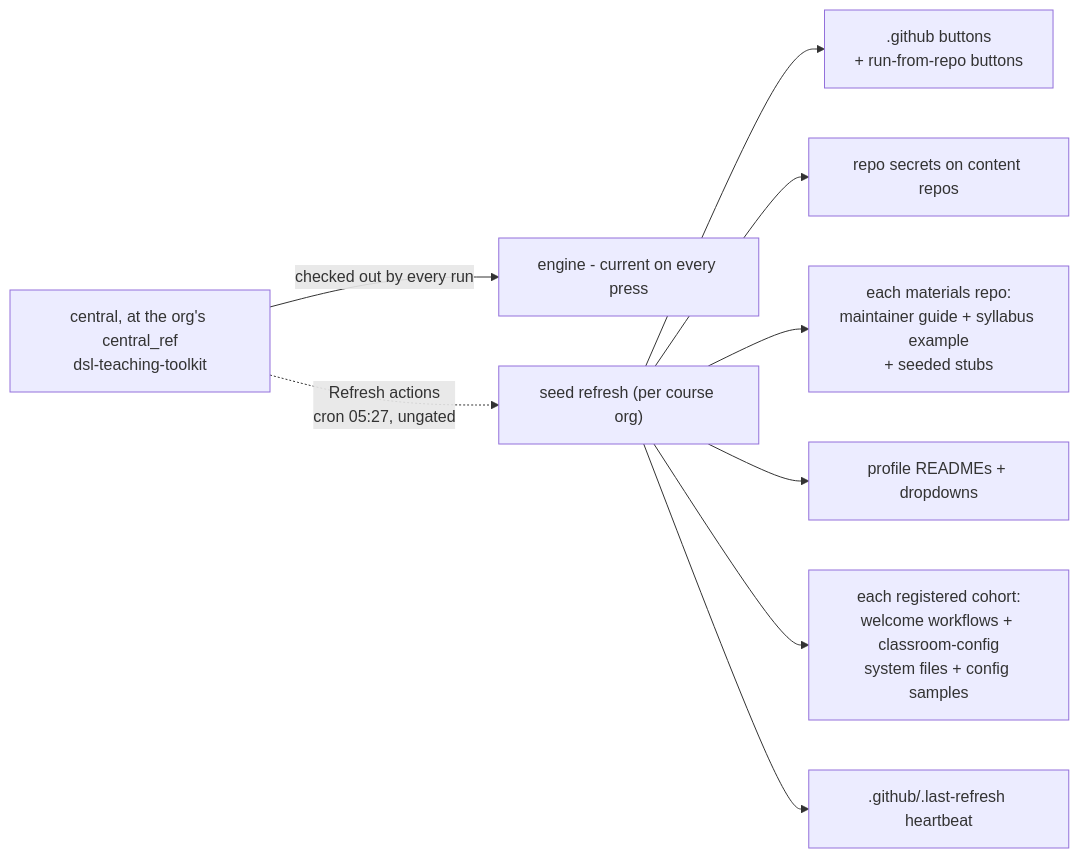
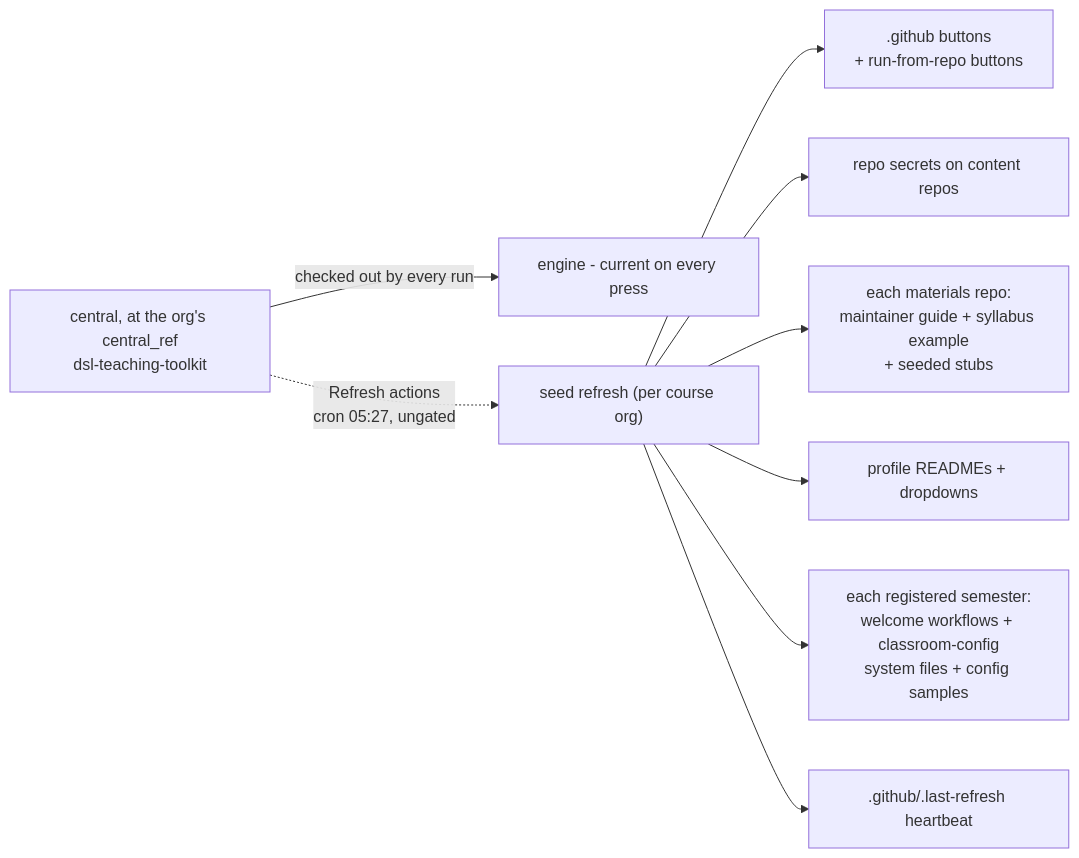
Before and after one commit to hertie-data-science-lab/dsl-teaching-toolkit: the eighth of 10 diagrams in docs-admin-arch/architecture.md, drawn with Mermaid. The commit also changed other lines of this file and 201 other files, not shown here.

First line of the commit message:
refactor(names): rename cohort, term and tag to semester

````diff
--- a/docs-admin-arch/architecture.md
+++ b/docs-admin-arch/architecture.md
@@ -479,19 +479,19 @@
 ```mermaid
 flowchart LR
   c["`central, at the org's central_ref
 dsl-teaching-toolkit`"]
   c -->|"checked out by every run"| eng["engine - current on every press"]
   c -.->|"`Refresh actions
 cron 05:27, ungated`"| sr["seed refresh (per course org)"]
   sr --> w["`.github buttons
 + run-from-repo buttons`"]
   sr --> sec["repo secrets on content repos"]
   sr --> sys["`each materials repo:
 maintainer guide + syllabus example
 + seeded stubs`"]
   sr --> pr["profile READMEs + dropdowns"]
-  sr --> coh["`each registered cohort:
+  sr --> coh["`each registered semester:
 welcome workflows + classroom-config
 system files + config samples`"]
   sr --> hb[".github/.last-refresh heartbeat"]
 ```
````
